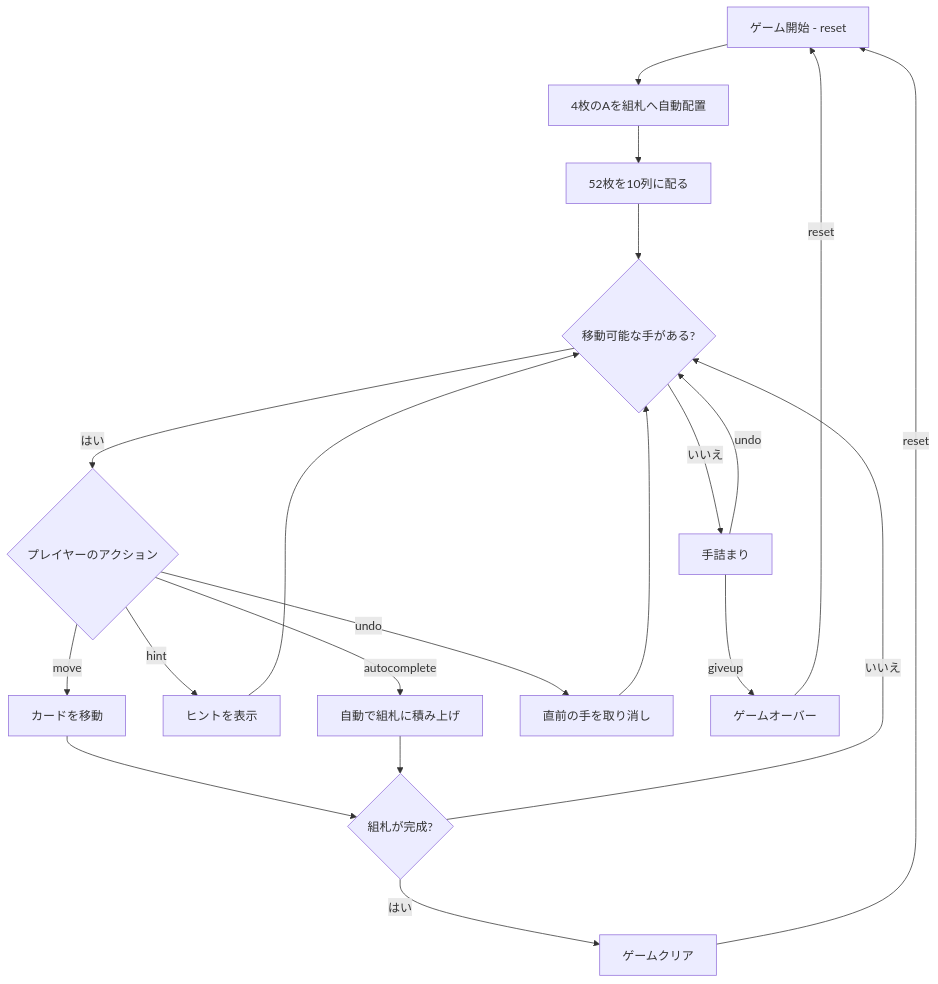
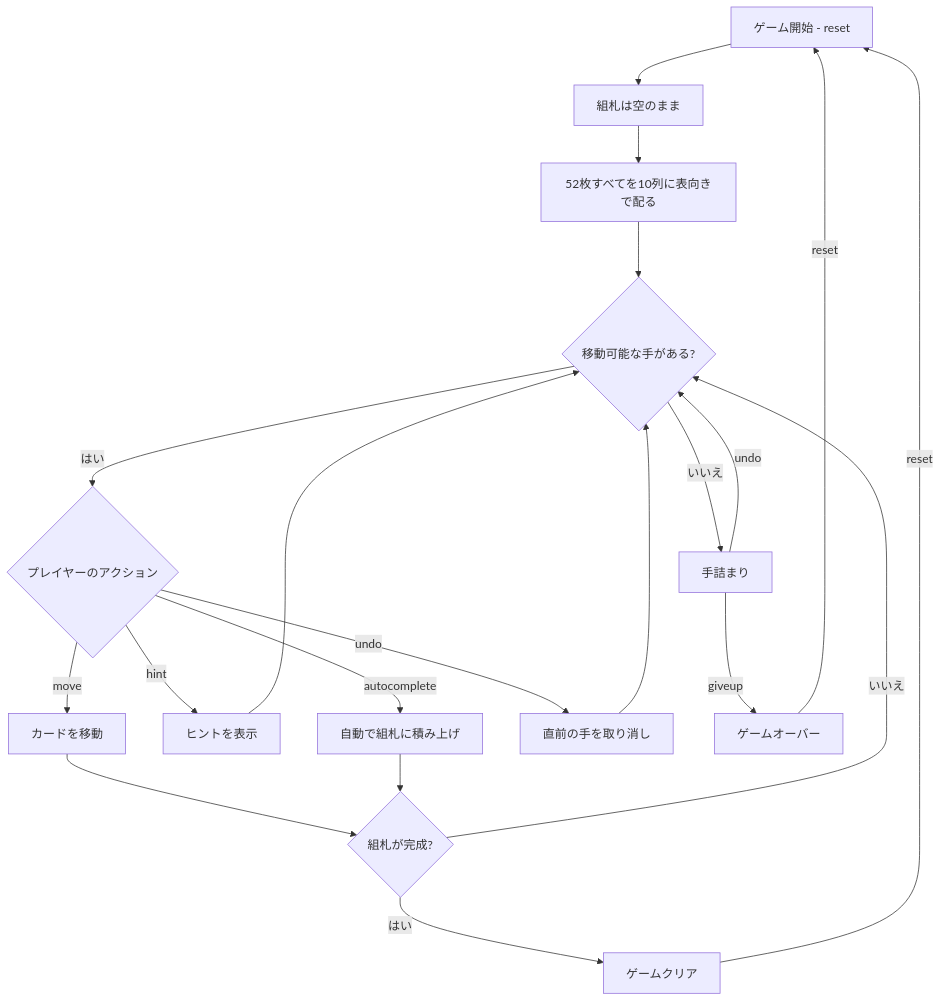
Before and after one commit to yuta-yoshinaga/go_trumpcards: the diagram in docs/manual/cui/fortress.md, drawn with Mermaid. The commit also changed 1 other file, not shown here.

Commit message:
docs(fortress): drop the auto-placed-Aces text the clone left behind
Three places still described Beleaguered Castle's opening, each within a few
lines of the corrected rule that says the opposite:

- both manuals' mermaid flowcharts opened with "4枚のAを組札へ自動配置"
- the Web manual's UI legend called the foundations "開始時に4枚のAが配置済み"

Fortress deals the whole deck and starts with empty foundations, so a reader
following either flowchart would expect a board the game never produces.

Found by sweeping for the contradiction class rather than by review: the
automated review on #6186 reported "finished in 1m 16s" with every checklist
item unticked and no findings, so this PR effectively went unreviewed. Prose in
a mermaid node is also invisible to check-mermaid.mjs, which validates diagram
syntax, not whether the diagram agrees with the document around it.

````diff
--- a/docs/manual/cui/fortress.md
+++ b/docs/manual/cui/fortress.md
@@ -36,22 +36,22 @@
 ```mermaid
 flowchart TD
-    A[ゲーム開始 - reset] --> B[4枚のAを組札へ自動配置]
-    B --> B2[52枚を10列に配る]
+    A[ゲーム開始 - reset] --> B[組札は空のまま]
+    B --> B2[52枚すべてを10列に表向きで配る]
     B2 --> C{移動可能な手がある?}
     C -->|はい| D{プレイヤーのアクション}
     D -->|move| F[カードを移動]
     D -->|hint| G[ヒントを表示]
     D -->|autocomplete| H[自動で組札に積み上げ]
     D -->|undo| U[直前の手を取り消し]
     F --> I{組札が完成?}
     G --> C
     H --> I
     U --> C
     I -->|いいえ| C
     I -->|はい| J[ゲームクリア]
     C -->|いいえ| K[手詰まり]
     K -->|undo| C
     K -->|giveup| L[ゲームオーバー]
     J -->|reset| A
     L -->|reset| A
 ```
````
